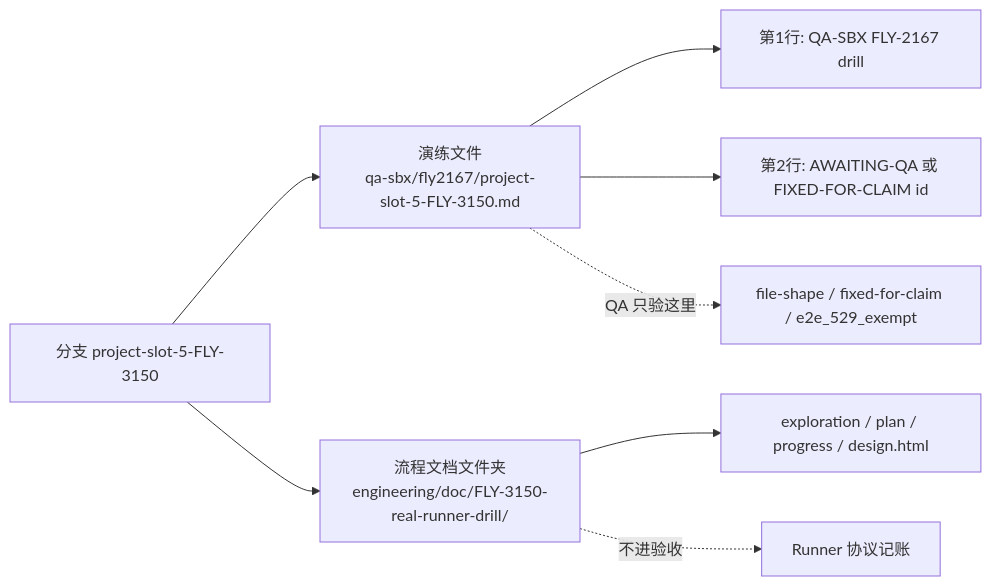
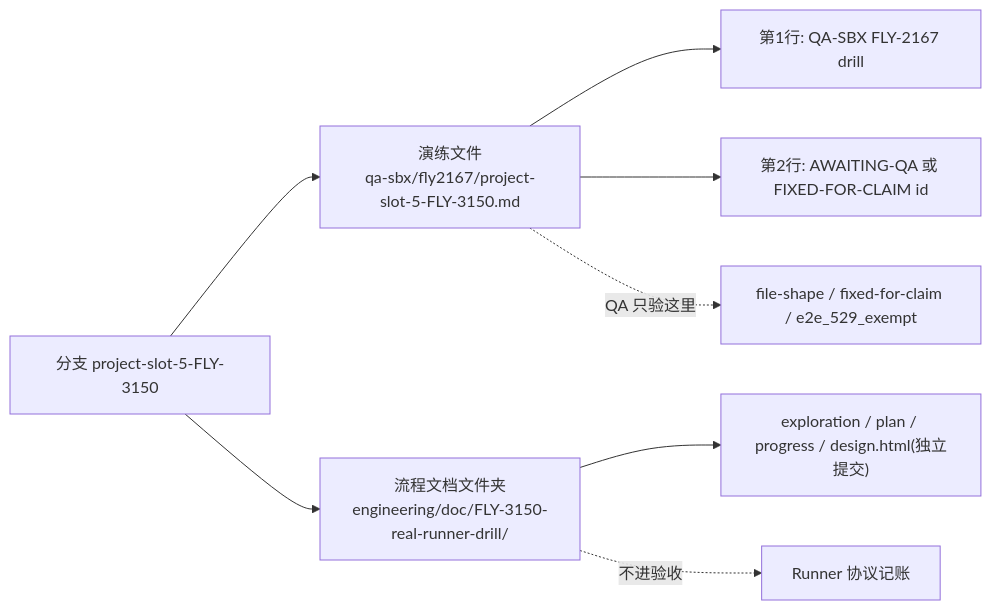
One commit to xrliAnnie/flywheel-qa-sandbox changed the diagram in engineering/doc/FLY-3150-real-runner-drill/d2-data-model.mmd. Above: the diagram before and after it, drawn with Mermaid. The commit also changed 4 other files, not shown here.

Commit message:
docs(qa-sbx): FLY-3150 founder design HTML for run a6eb9810

```diff
--- a/engineering/doc/FLY-3150-real-runner-drill/d2-data-model.mmd
+++ b/engineering/doc/FLY-3150-real-runner-drill/d2-data-model.mmd
@@ -1,8 +1,8 @@
 flowchart LR
     B["分支 project-slot-5-FLY-3150"] --> T["演练文件<br/>qa-sbx/fly2167/project-slot-5-FLY-3150.md"]
     B --> P["流程文档文件夹<br/>engineering/doc/FLY-3150-real-runner-drill/"]
     T --> L1["第1行: QA-SBX FLY-2167 drill"]
     T --> L2["第2行: AWAITING-QA 或 FIXED-FOR-CLAIM id"]
-    P --> X["exploration / plan / progress / design.html"]
+    P --> X["exploration / plan / progress / design.html(独立提交)"]
     T -. "QA 只验这里" .-> C["file-shape / fixed-for-claim / e2e_529_exempt"]
     P -. "不进验收" .-> N["Runner 协议记账"]
```
